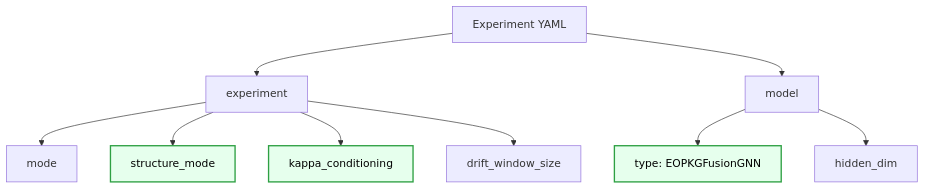
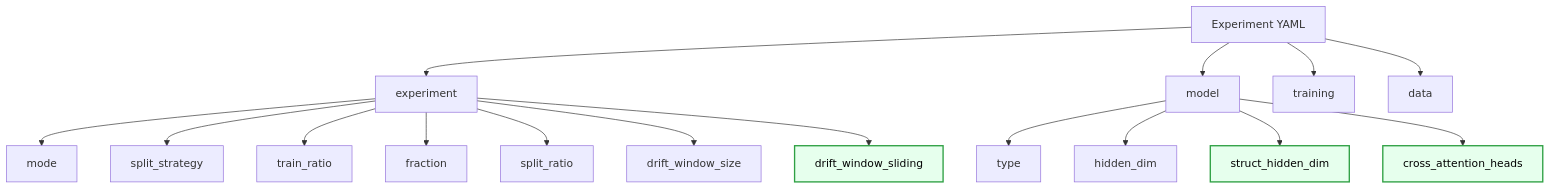
The third of 5 diagrams in docs/DATA_MODEL_MVP2.MD (ghsrg/bpm_prediction), drawn with Mermaid before and after one commit. The commit also changed other lines of this file and 4 other files, not shown here.

````diff
--- a/docs/DATA_MODEL_MVP2.MD
+++ b/docs/DATA_MODEL_MVP2.MD
@@ -131,15 +150,22 @@
 ```mermaid
 flowchart TD
     classDef mvp2 fill:#e6ffed,stroke:#2ea043,stroke-width:2px,color:#000;
 
     Root[Experiment YAML] --> EX[experiment]
     Root --> M[model]
-    
+    Root --> TR[training]
+    Root --> D[data]
+
     EX --> EXM[mode]
-    EX --> SM[structure_mode]:::mvp2
-    EX --> KC[kappa_conditioning]:::mvp2
-    EX --> EXW[drift_window_size]
-    
-    M --> MT[type: EOPKGFusionGNN]:::mvp2
+    EX --> SS[split_strategy]
+    EX --> TRR[train_ratio]
+    EX --> FR[fraction]
+    EX --> SR[split_ratio]
+    EX --> DWS[drift_window_size]
+    EX --> DWSL[drift_window_sliding]:::mvp2
+
+    M --> MT[type]
     M --> HD[hidden_dim]
+    M --> SHD[struct_hidden_dim]:::mvp2
+    M --> CAH[cross_attention_heads]:::mvp2
 ```
````
